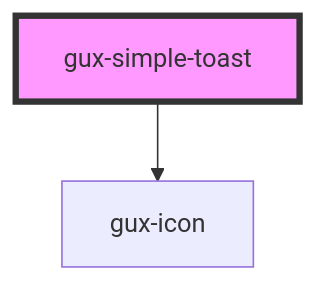
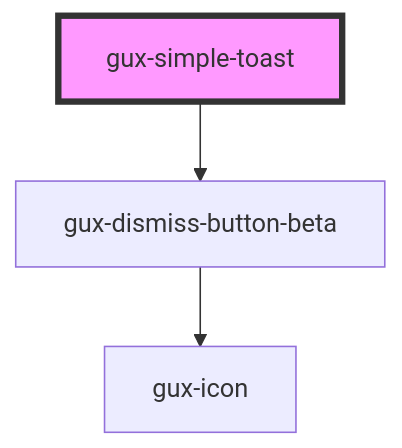
One commit to MyPureCloud/genesys-spark changed the diagram in src/components/stable/gux-simple-toast/readme.md. Above: the diagram before and after it, drawn with Mermaid. The commit also changed other lines of this file and 61 other files, not shown here.

First line of the commit message:
refactor(dismiss-button): added gux dismiss button to notification toast and simple toast

````diff
--- a/src/components/stable/gux-simple-toast/readme.md
+++ b/src/components/stable/gux-simple-toast/readme.md
@@ -37,5 +37,6 @@
 ```mermaid
 graph TD;
-  gux-simple-toast --> gux-icon
+  gux-simple-toast --> gux-dismiss-button-beta
+  gux-dismiss-button-beta --> gux-icon
   style gux-simple-toast fill:#f9f,stroke:#333,stroke-width:4px
 ```
````
